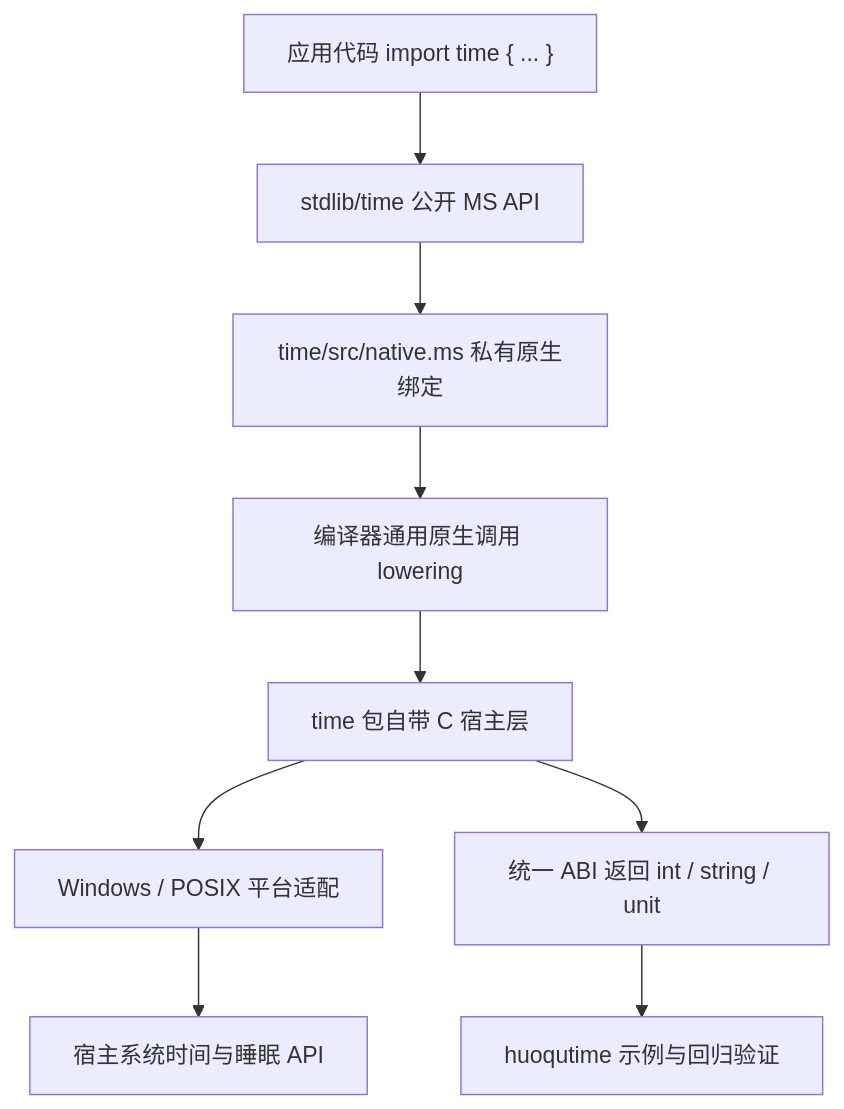
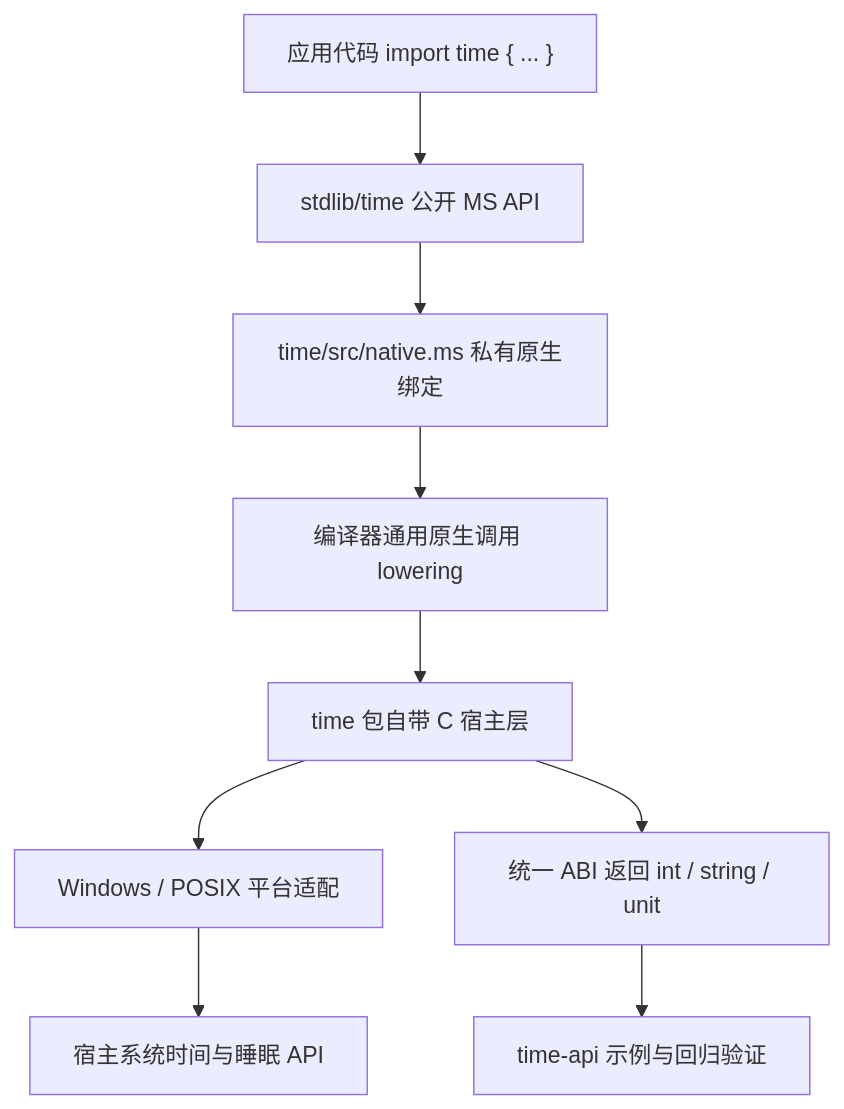
Before and after one commit to yan5236/mas-lang: the diagram in specs/005-time-standard-library/design.md, drawn with Mermaid. The commit also changed other lines of this file and 174 other files, not shown here.

````diff
--- a/specs/005-time-standard-library/design.md
+++ b/specs/005-time-standard-library/design.md
@@ -86,11 +86,11 @@
 ```mermaid
 flowchart TD
     A["应用代码 import time { ... }"] --> B["stdlib/time 公开 MS API"]
     B --> C["time/src/native.ms 私有原生绑定"]
     C --> D["编译器通用原生调用 lowering"]
     D --> E["time 包自带 C 宿主层"]
     E --> F["Windows / POSIX 平台适配"]
     F --> G["宿主系统时间与睡眠 API"]
     E --> H["统一 ABI 返回 int / string / unit"]
-    H --> I["huoqutime 示例与回归验证"]
+    H --> I["time-api 示例与回归验证"]
 ```
````
